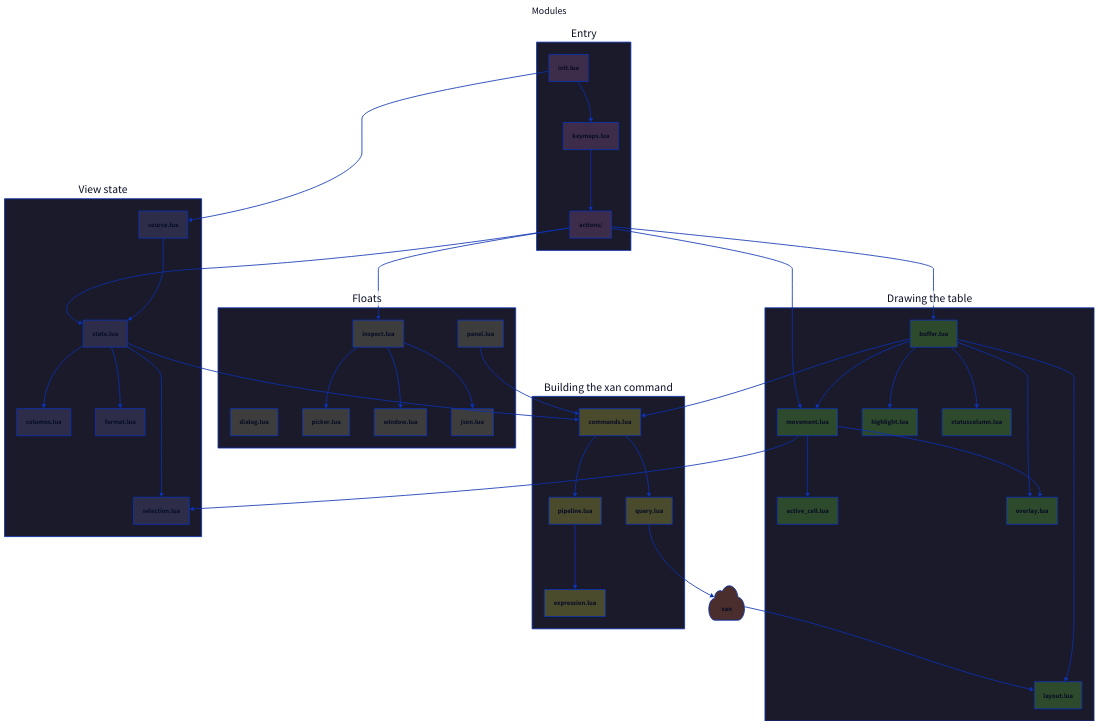
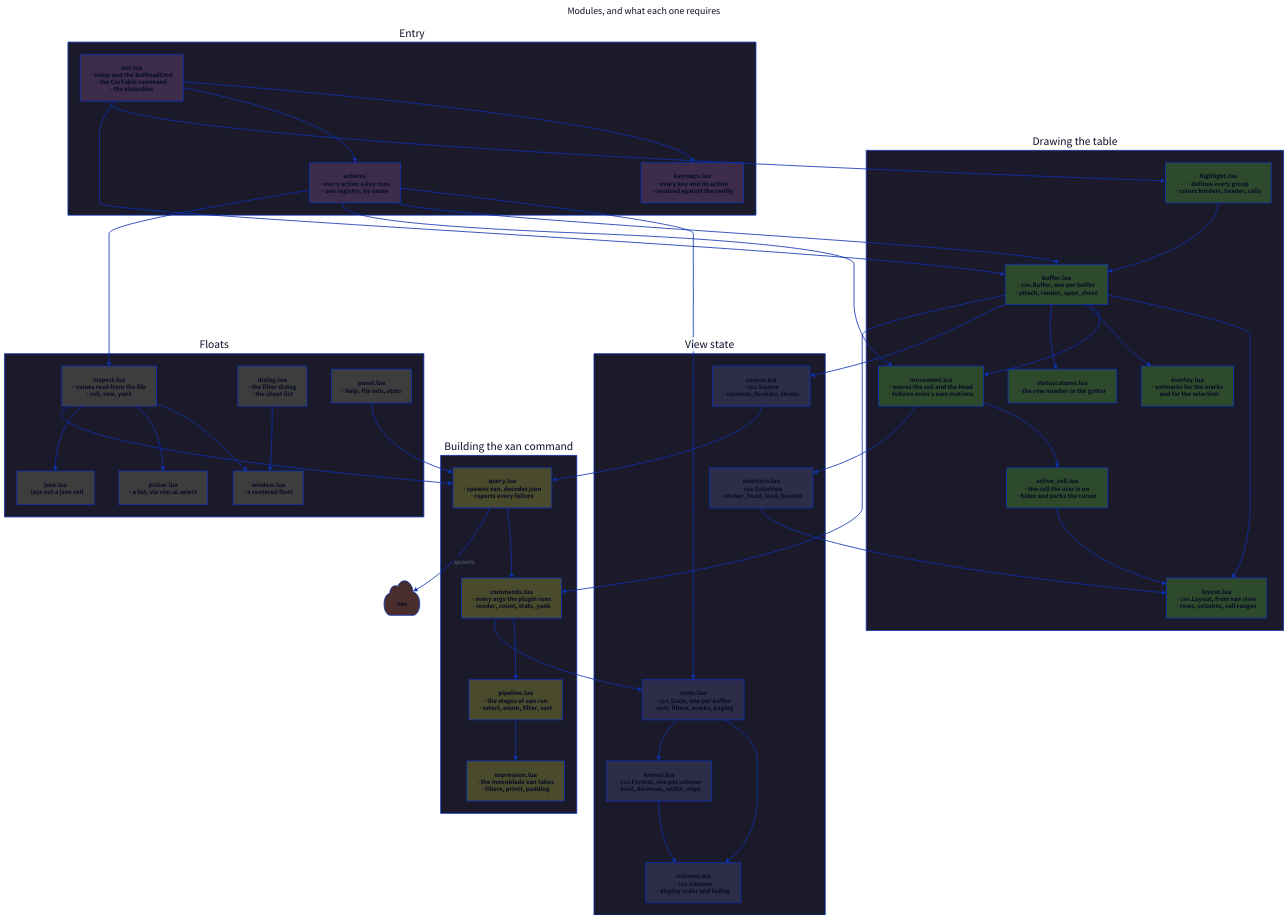
One commit to cseickel/csv-table.nvim changed the diagram in docs/01-overview.d2. Above: the diagram before and after it, drawn with D2. The commit also changed 45 other files, not shown here.

First line of the commit message:
docs: rewrite module comments and rebuild diagram set

```diff
--- a/docs/01-overview.d2
+++ b/docs/01-overview.d2
@@ -1,95 +1,104 @@
 direction: down
 
-title: Modules {
+title: Modules, and what each one requires {
   near: top-center
   shape: text
   style.font-size: 24
 }
 
 classes: {
   entry: {style.fill: "#3d2d4a"}
   state: {style.fill: "#2d2d4a"}
   build: {style.fill: "#4a4a2d"}
   draw: {style.fill: "#2d4a2d"}
   ui: {style.fill: "#3d3d3d"}
   external: {style.fill: "#4a2d2d"}
 }
 
 entry: Entry {
   style.fill: "#1a1a2a"
-  init: init.lua {class: entry}
-  keymaps: keymaps.lua {class: entry}
-  actions: actions/ {class: entry}
-  init -> keymaps -> actions
+  init: "init.lua\n· setup and the BufReadCmd\n· the CsvTable command\n· the statusline" {class: entry}
+  keymaps: "keymaps.lua\n· every key and its action\n· resolved against the config" {class: entry}
+  actions: "actions/\n· every action a key runs\n· one registry, by name" {class: entry}
 }
 
 state: View state {
   style.fill: "#1a1a2a"
-  state_mod: state.lua {class: state}
-  columns: columns.lua {class: state}
-  format: format.lua {class: state}
-  selection: selection.lua {class: state}
-  source: source.lua {class: state}
+  state_mod: "state.lua\n· csv.State, one per buffer\n· sort, filters, marks, paging" {class: state}
+  columns: "columns.lua\n· csv.Column\n· display order and hiding" {class: state}
+  format: "format.lua\n· csv.Format, one per column\n· kind, decimals, width, align" {class: state}
+  selection: "selection.lua\n· csv.Selection\n· anchor, head, kind, bounds" {class: state}
+  source: "source.lua\n· csv.Source\n· columns, formats, sheets" {class: state}
   state_mod -> columns
   state_mod -> format
-  state_mod -> selection
-  source -> state_mod
+  format -> columns
 }
 
 build: Building the xan command {
   style.fill: "#1a1a2a"
-  commands: commands.lua {class: build}
-  pipeline: pipeline.lua {class: build}
-  expression: expression.lua {class: build}
-  query: query.lua {class: build}
+  commands: "commands.lua\n· every argv the plugin runs\n· render, count, stats, yank" {class: build}
+  pipeline: "pipeline.lua\n· the stages of xan run\n· select, enum, filter, sort" {class: build}
+  expression: "expression.lua\n· the moonblade xan takes\n· filters, printf, padding" {class: build}
+  query: "query.lua\n· spawns xan, decodes json\n· reports every failure" {class: build}
   commands -> pipeline -> expression
-  commands -> query
+  query -> commands
 }
 
 draw: Drawing the table {
   style.fill: "#1a1a2a"
-  buffer: buffer.lua {class: draw}
-  layout: layout.lua {class: draw}
-  movement: movement.lua {class: draw}
-  active_cell: active_cell.lua {class: draw}
-  overlay: overlay.lua {class: draw}
-  highlight: highlight.lua {class: draw}
-  statuscolumn: statuscolumn.lua {class: draw}
+  buffer: "buffer.lua\n· csv.Buffer, one per buffer\n· attach, render, open_sheet" {class: draw}
+  layout: "layout.lua\n· csv.Layout, from xan view\n· rows, columns, cell ranges" {class: draw}
+  movement: "movement.lua\n· moves the cell and the head\n· follows nvim's own motions" {class: draw}
+  active_cell: "active_cell.lua\n· the cell the user is on\n· hides and parks the cursor" {class: draw}
+  overlay: "overlay.lua\n· extmarks for the marks\n· and for the selection" {class: draw}
+  highlight: "highlight.lua\n· defines every group\n· colors borders, header, cells" {class: draw}
+  statuscolumn: "statuscolumn.lua\n· the row number in the gutter" {class: draw}
   buffer -> layout
   buffer -> movement
+  buffer -> overlay
+  buffer -> statuscolumn
   movement -> active_cell
-  movement -> overlay
-  buffer -> overlay
-  buffer -> highlight
-  buffer -> statuscolumn
+  active_cell -> layout
+  highlight -> buffer
 }
 
 ui: Floats {
   style.fill: "#1a1a2a"
-  inspect: inspect.lua {class: ui}
-  dialog: dialog.lua {class: ui}
-  panel: panel.lua {class: ui}
-  picker: picker.lua {class: ui}
-  window: window.lua {class: ui}
-  json: json.lua {class: ui}
+  inspect: "inspect.lua\n· values read from the file\n· cell, row, yank" {class: ui}
+  dialog: "dialog.lua\n· the filter dialog\n· the sheet list" {class: ui}
+  panel: "panel.lua\n· help, file info, stats" {class: ui}
+  picker: "picker.lua\n· a list, via vim.ui.select" {class: ui}
+  window: "window.lua\n· a centered float" {class: ui}
+  json: "json.lua\n· lays out a json cell" {class: ui}
   inspect -> window
   inspect -> picker
   inspect -> json
+  dialog -> window
 }
 
 xan: xan {
   class: external
   shape: cloud
 }
 
+entry.init -> entry.keymaps
+entry.init -> entry.actions
+entry.init -> draw.buffer
+entry.init -> draw.highlight
+
 entry.actions -> state.state_mod
 entry.actions -> draw.buffer
 entry.actions -> draw.movement
 entry.actions -> ui.inspect
-entry.init -> state.source
+
+state.selection -> draw.layout
+state.source -> build.query
+build.commands -> state.state_mod
+build.query -> xan: spawns
+
+draw.buffer -> state.source
 draw.buffer -> build.commands
 draw.movement -> state.selection
-build.query -> xan
-xan -> draw.layout
-ui.panel -> build.commands
-state.state_mod -> build.commands
+
+ui.inspect -> build.query
+ui.panel -> build.query
```
